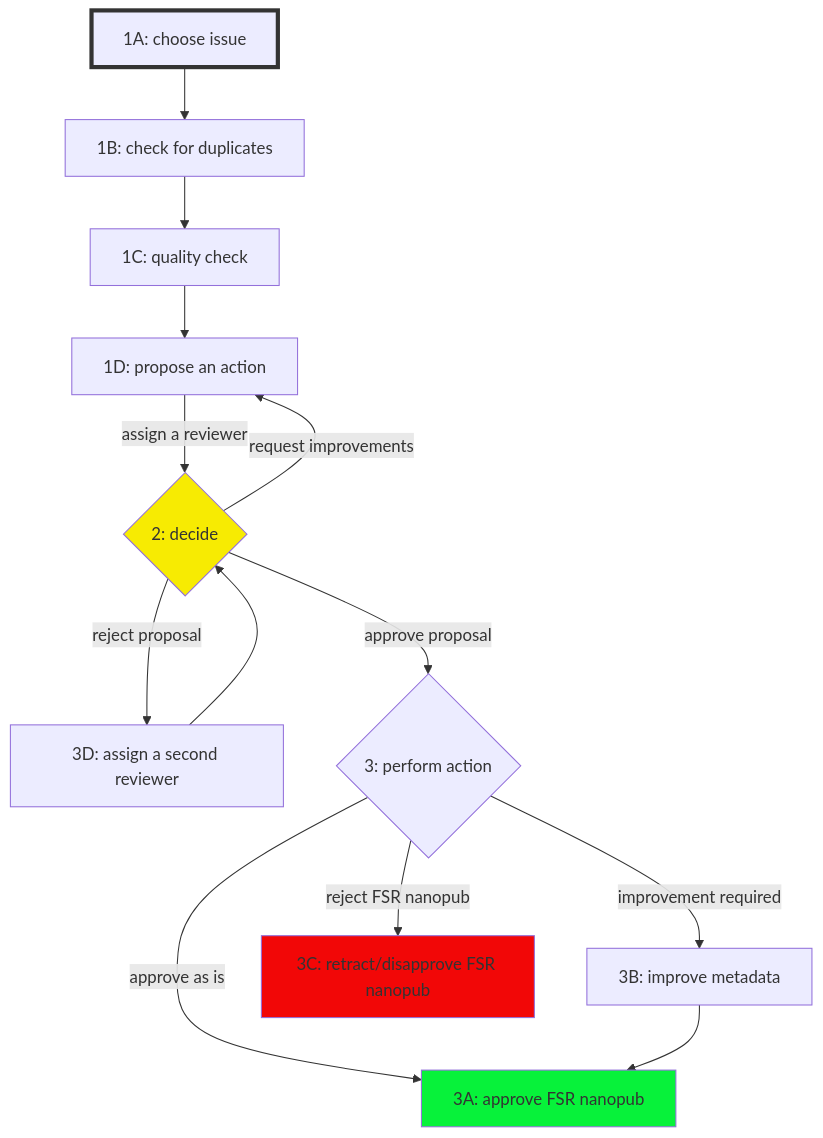
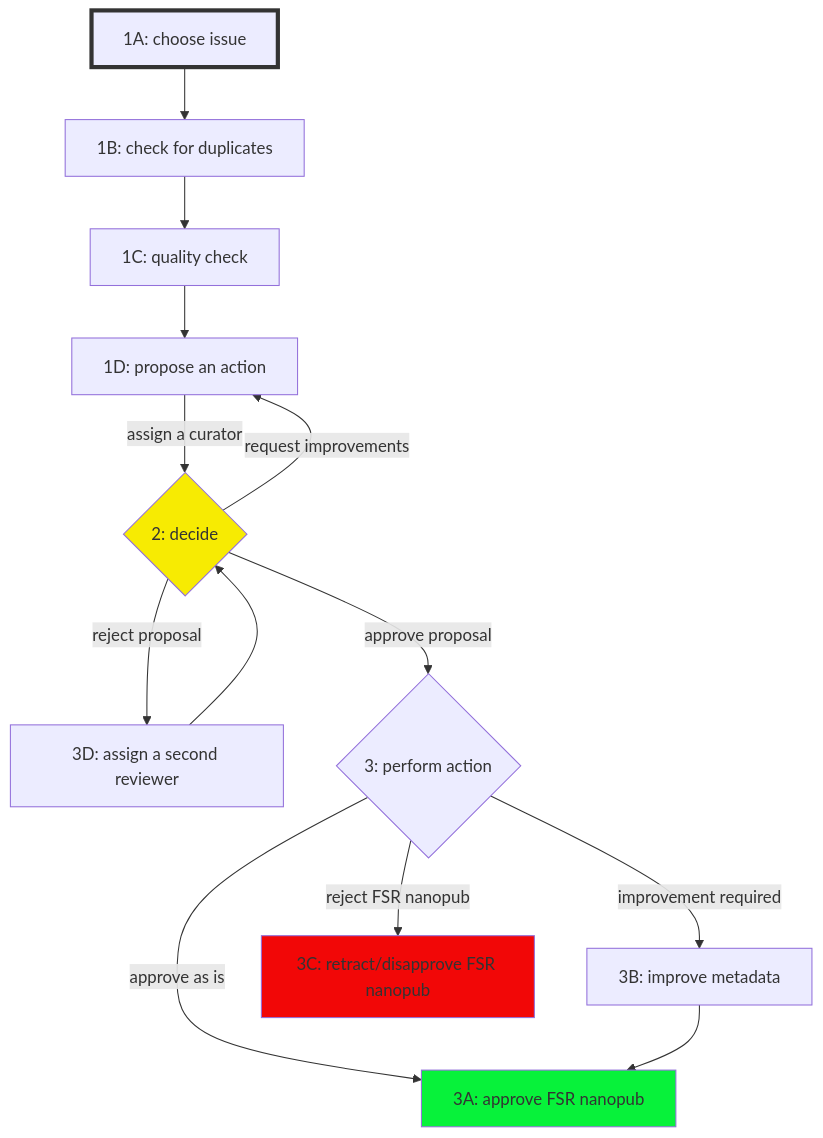
The first of 3 diagrams in CONTRIBUTING.md (gofair-foundation/fsr_curation), drawn with Mermaid before and after one commit.

````diff
--- a/CONTRIBUTING.md
+++ b/CONTRIBUTING.md
@@ -13,18 +13,18 @@
 ```mermaid
 flowchart TD
     A[1A: choose issue] 
     A-->B[1B: check for duplicates] -->C[1C: quality check] -->D[1D: propose an action]
-    D-->|assign a reviewer| E{2: decide}
+    D-->|assign a curator| E{2: decide}
     style E fill:#f7eb02
     E -->|reject proposal| F[3D: assign a second reviewer]
     E -->|request improvements|D
     E -->|approve proposal|G{3: perform action}
     G -->|improvement required|H[3B: improve metadata]
     G -->|approve as is|I[3A: approve FSR nanopub]
     G -->|reject FSR nanopub|K[3C: retract/disapprove FSR nanopub]
     H--> I
     F --> E
     style A stroke:#333,stroke-width:4px
     style K fill:#f20707
     style I fill:#07f23a
 ```
````
